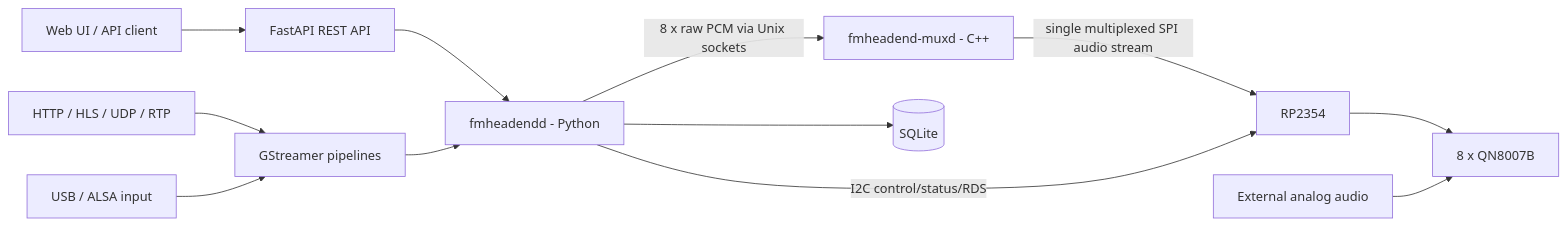
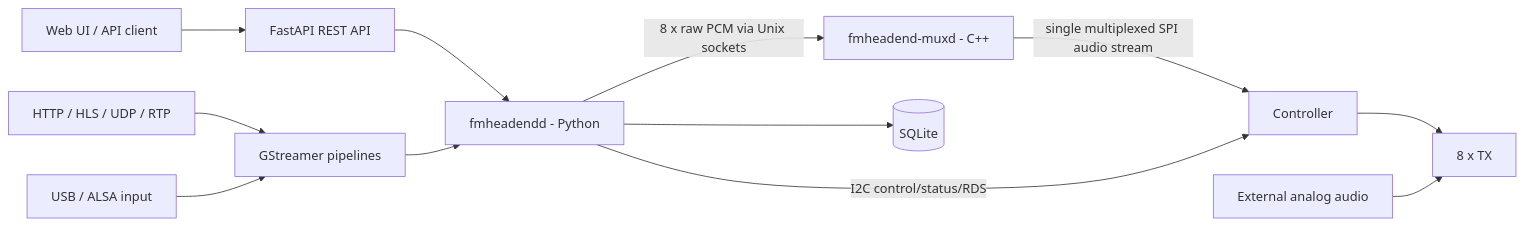
One commit to csalotzky/fmheadend changed the first of 5 diagrams in docs/fmheadend-software-architecture.md. Above: the diagram before and after it, drawn with Mermaid. The commit also changed other lines of this file and 20 other files, not shown here.

````diff
--- a/docs/fmheadend-software-architecture.md
+++ b/docs/fmheadend-software-architecture.md
@@ -72,18 +72,18 @@
 ```mermaid
 flowchart LR
     UI[Web UI / API client] --> API[FastAPI REST API]
     API --> HD[fmheadendd - Python]
 
     NET[HTTP / HLS / UDP / RTP] --> GST[GStreamer pipelines]
     ALSA[USB / ALSA input] --> GST
     GST --> HD
 
     HD -->|8 x raw PCM via Unix sockets| MUX[fmheadend-muxd - C++]
-    MUX -->|single multiplexed SPI audio stream| RP[RP2354]
+    MUX -->|single multiplexed SPI audio stream| RP[Controller]
 
     HD -->|I2C control/status/RDS| RP
-    RP --> QN[8 x QN8007B]
+    RP --> QN[8 x TX]
     ANALOG[External analog audio] --> QN
 
     HD --> DB[(SQLite)]
 ```
````
